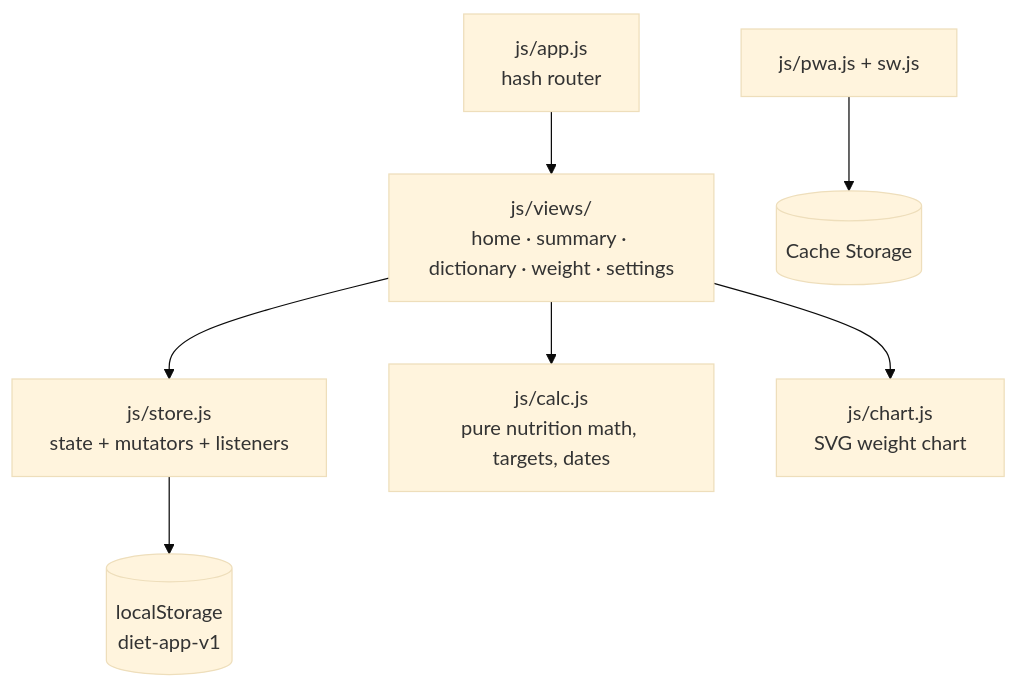
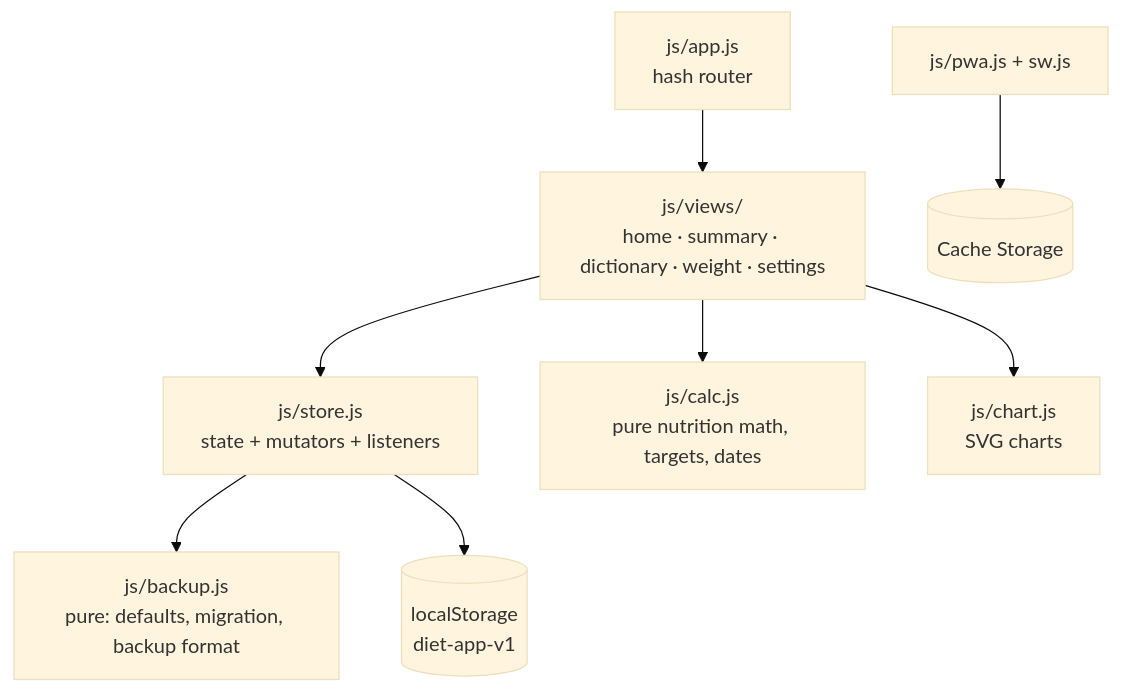
One commit to roeiraz12/diet-tracker-pwa changed the diagram in README.md. Above: the diagram before and after it, drawn with Mermaid (base theme). The commit also changed other lines of this file and 4 other files, not shown here.

````diff
--- a/README.md
+++ b/README.md
@@ -50,9 +117,10 @@
 ```mermaid
 flowchart TD
   App["js/app.js<br/>hash router"] --> Views["js/views/<br/>home · summary · dictionary · weight · settings"]
   Views --> Store["js/store.js<br/>state + mutators + listeners"]
   Views --> Calc["js/calc.js<br/>pure nutrition math, targets, dates"]
-  Views --> Chart["js/chart.js<br/>SVG weight chart"]
+  Views --> Chart["js/chart.js<br/>SVG charts"]
+  Store --> Backup["js/backup.js<br/>pure: defaults, migration, backup format"]
   Store --> LS[("localStorage<br/>diet-app-v1")]
   PWA["js/pwa.js + sw.js"] --> Cache[("Cache Storage")]
 ```
````
